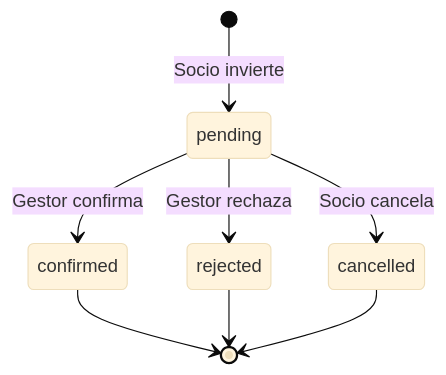
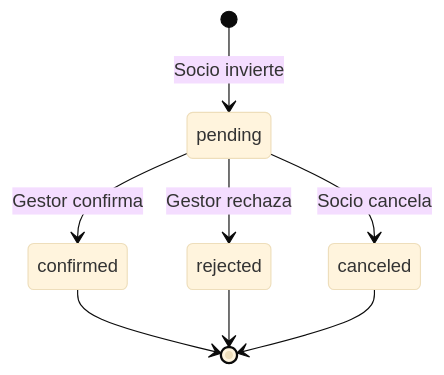
Before and after one commit to loretops/finalproject-LPS: the second of 2 diagrams in docs/technical/investment-flow.md, drawn with Mermaid (base theme). The commit also changed other lines of this file and 193 other files, not shown here.

Commit message:
FIX Mejora del sistema de manejo de errores y monitoreo de errores 500. Incluye clarificación de mensajes de error para usuarios, sistema centralizado de monitoreo, endpoint para registrar errores del cliente, y estandarización de 'canceled' vs 'cancelled'

````diff
--- a/docs/technical/investment-flow.md
+++ b/docs/technical/investment-flow.md
@@ -133,10 +135,10 @@
 ```mermaid
 stateDiagram-v2
     [*] --> pending: Socio invierte
     pending --> confirmed: Gestor confirma
     pending --> rejected: Gestor rechaza
-    pending --> cancelled: Socio cancela
+    pending --> canceled: Socio cancela
     confirmed --> [*]
     rejected --> [*]
-    cancelled --> [*]
+    canceled --> [*]
 ```
````
